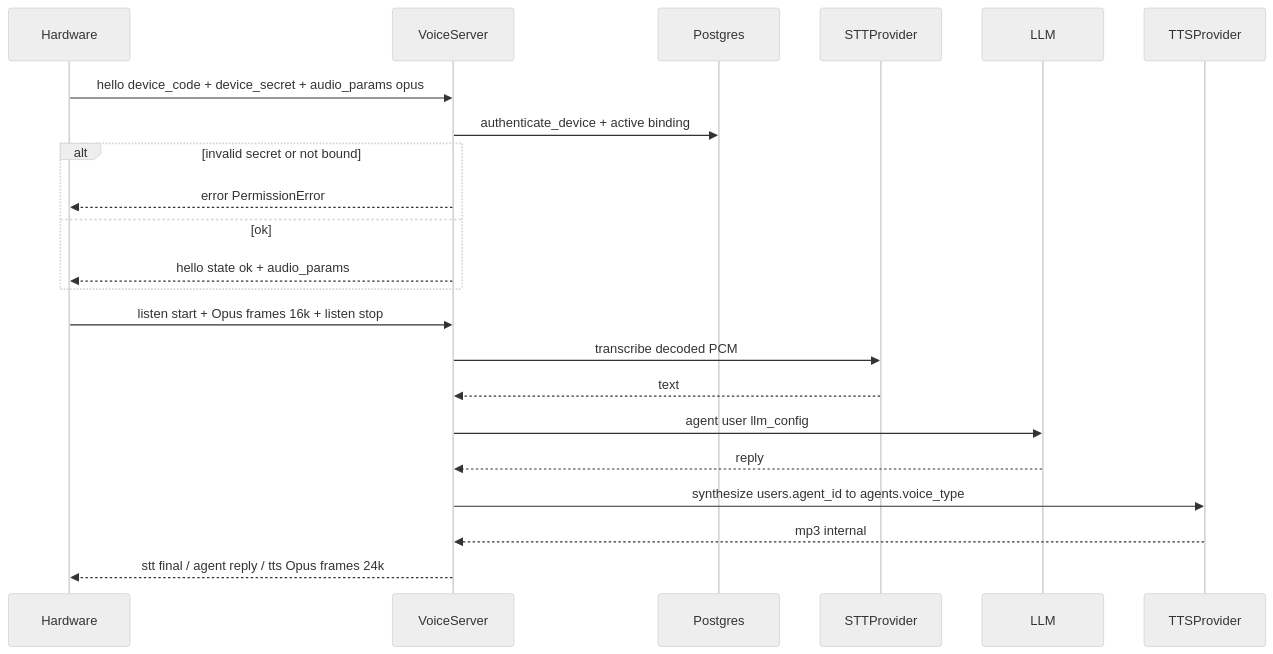
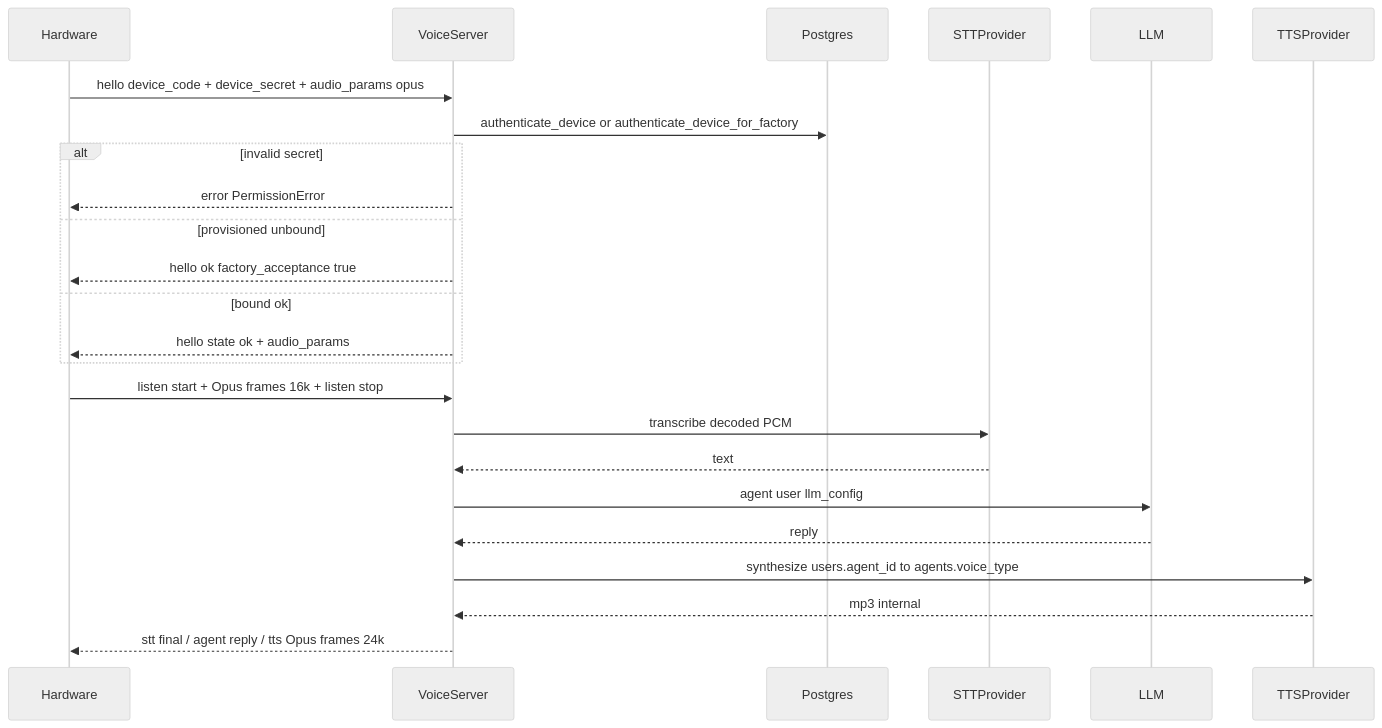
Before and after one commit to pureheartrobotics/shuxin: the diagram in docs/VOICE_HARDWARE_INTEGRATION.md, drawn with Mermaid (neutral theme). The commit also changed other lines of this file and 23 other files, not shown here.

````diff
--- a/docs/VOICE_HARDWARE_INTEGRATION.md
+++ b/docs/VOICE_HARDWARE_INTEGRATION.md
@@ -19,25 +22,27 @@
 ```mermaid
 sequenceDiagram
   participant HW as Hardware
   participant WS as VoiceServer
   participant PG as Postgres
   participant STT as STTProvider
   participant LLM as LLM
   participant TTS as TTSProvider
 
   HW->>WS: hello device_code + device_secret + audio_params opus
-  WS->>PG: authenticate_device + active binding
-  alt invalid secret or not bound
+  WS->>PG: authenticate_device or authenticate_device_for_factory
+  alt invalid secret
     WS-->>HW: error PermissionError
-  else ok
+  else provisioned unbound
+    WS-->>HW: hello ok factory_acceptance true
+  else bound ok
     WS-->>HW: hello state ok + audio_params
   end
   HW->>WS: listen start + Opus frames 16k + listen stop
   WS->>STT: transcribe decoded PCM
   STT-->>WS: text
   WS->>LLM: agent user llm_config
   LLM-->>WS: reply
   WS->>TTS: synthesize users.agent_id to agents.voice_type
   TTS-->>WS: mp3 internal
   WS-->>HW: stt final / agent reply / tts Opus frames 24k
 ```
````
